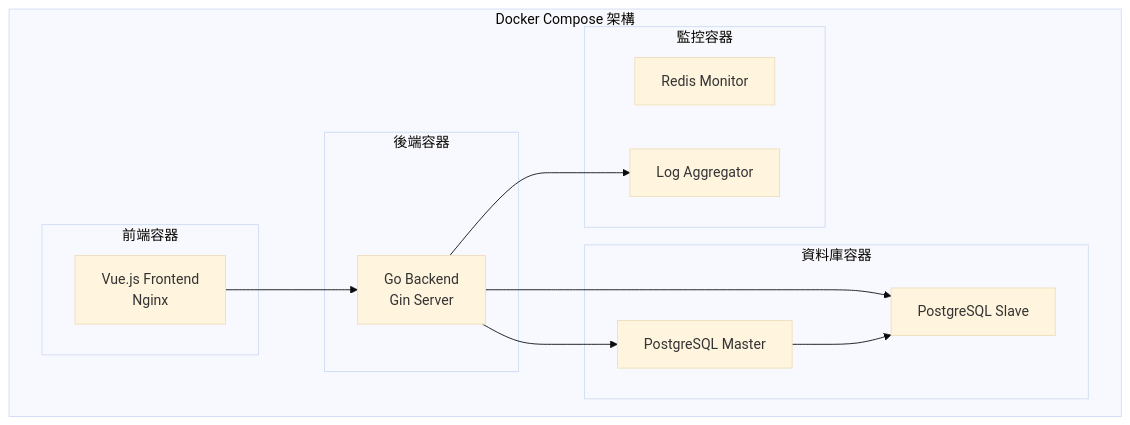
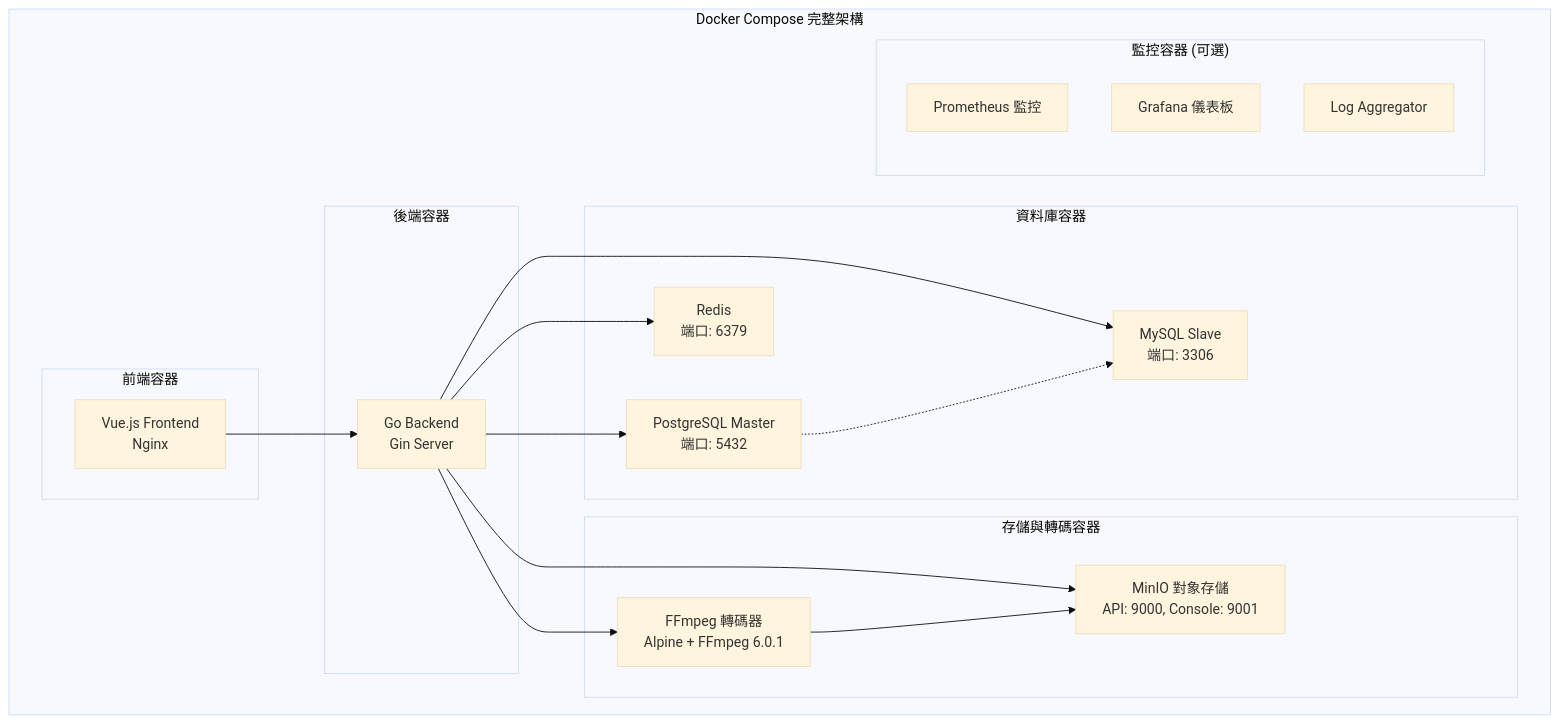
Before and after one commit to mike504110403/stream-demo: diagram 15 of 16 in README.md, drawn with Mermaid (base theme). The commit also changed other lines of this file and 75 other files, not shown here.

````diff
--- a/README.md
+++ b/README.md
@@ -512,28 +865,39 @@
 ```mermaid
 graph TB
-    subgraph "Docker Compose 架構"
+    subgraph "Docker Compose 完整架構"
         subgraph "前端容器"
             FE_CONTAINER[Vue.js Frontend<br/>Nginx]
         end
         
         subgraph "後端容器"
             BE_CONTAINER[Go Backend<br/>Gin Server]
         end
         
         subgraph "資料庫容器"
-            PG_MASTER[PostgreSQL Master]
-            PG_SLAVE[PostgreSQL Slave]
+            PG_MASTER[PostgreSQL Master<br/>端口: 5432]
+            MYSQL_SLAVE[MySQL Slave<br/>端口: 3306]
+            REDIS_CONTAINER[Redis<br/>端口: 6379]
         end
         
-        subgraph "監控容器"
-            REDIS_MONITOR[Redis Monitor]
+        subgraph "存儲與轉碼容器"
+            MINIO_CONTAINER[MinIO 對象存儲<br/>API: 9000, Console: 9001]
+            FFMPEG_CONTAINER[FFmpeg 轉碼器<br/>Alpine + FFmpeg 6.0.1]
+        end
+        
+        subgraph "監控容器 (可選)"
+            PROMETHEUS[Prometheus 監控]
+            GRAFANA[Grafana 儀表板]
             LOG_CONTAINER[Log Aggregator]
         end
     end
     
     FE_CONTAINER --> BE_CONTAINER
     BE_CONTAINER --> PG_MASTER
-    BE_CONTAINER --> PG_SLAVE
-    BE_CONTAINER --> LOG_CONTAINER
-    PG_MASTER --> PG_SLAVE
+    BE_CONTAINER --> MYSQL_SLAVE
+    BE_CONTAINER --> REDIS_CONTAINER
+    BE_CONTAINER --> MINIO_CONTAINER
+    BE_CONTAINER --> FFMPEG_CONTAINER
+    
+    FFMPEG_CONTAINER --> MINIO_CONTAINER
+    PG_MASTER -.-> MYSQL_SLAVE
 ```
````
